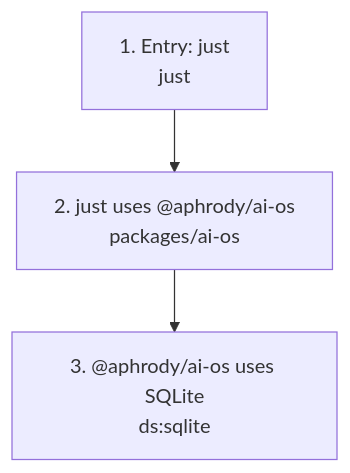
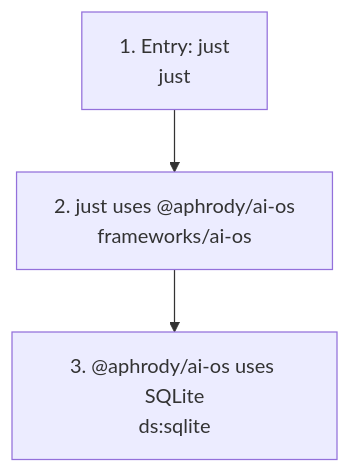
Before and after one commit to aphrody-labs/legacy: the diagram in docs/topology/critical-path.mmd, drawn with Mermaid. The commit also changed 3966 other files, not shown here.

```diff
--- a/docs/topology/critical-path.mmd
+++ b/docs/topology/critical-path.mmd
@@ -1,7 +1,7 @@
 flowchart TD
   s0["1. Entry: just<br/>just"]
-  s1["2. just uses @aphrody/ai-os<br/>packages/ai-os"]
+  s1["2. just uses @aphrody/ai-os<br/>frameworks/ai-os"]
   s2["3. @aphrody/ai-os uses SQLite<br/>ds:sqlite"]
   s0 --> s1
   s1 --> s2
   %% no telemetry wired: wall-clock not annotated
```
